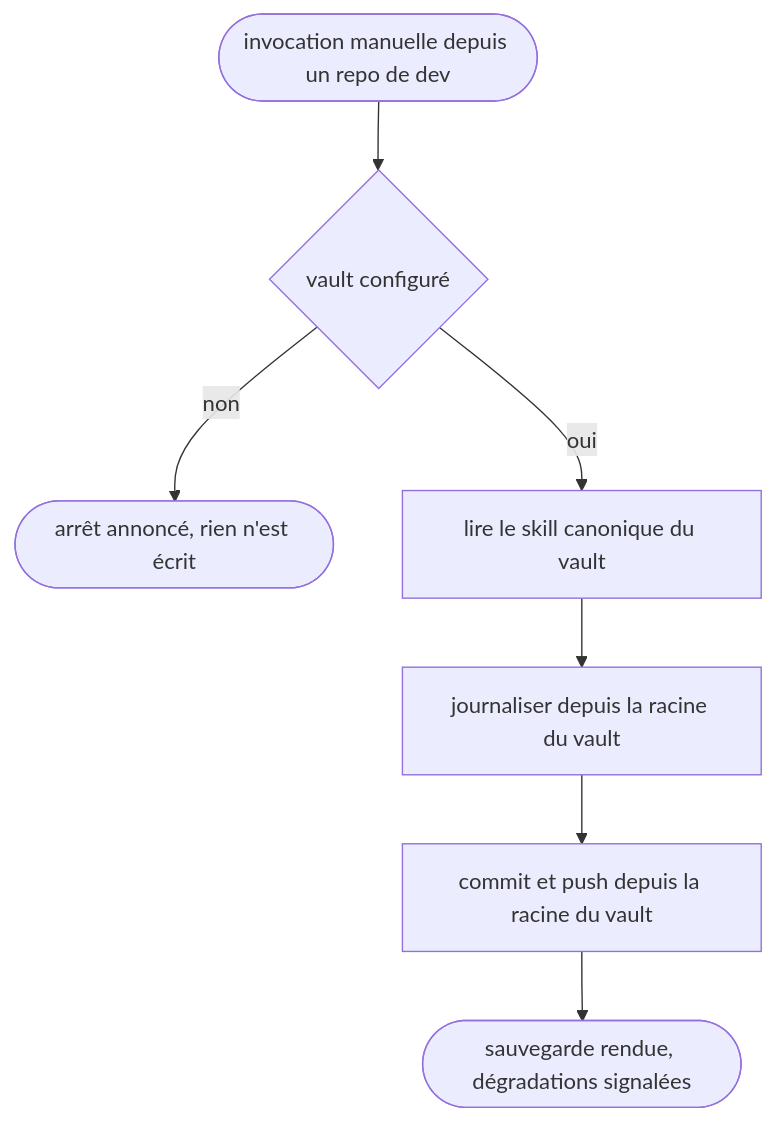
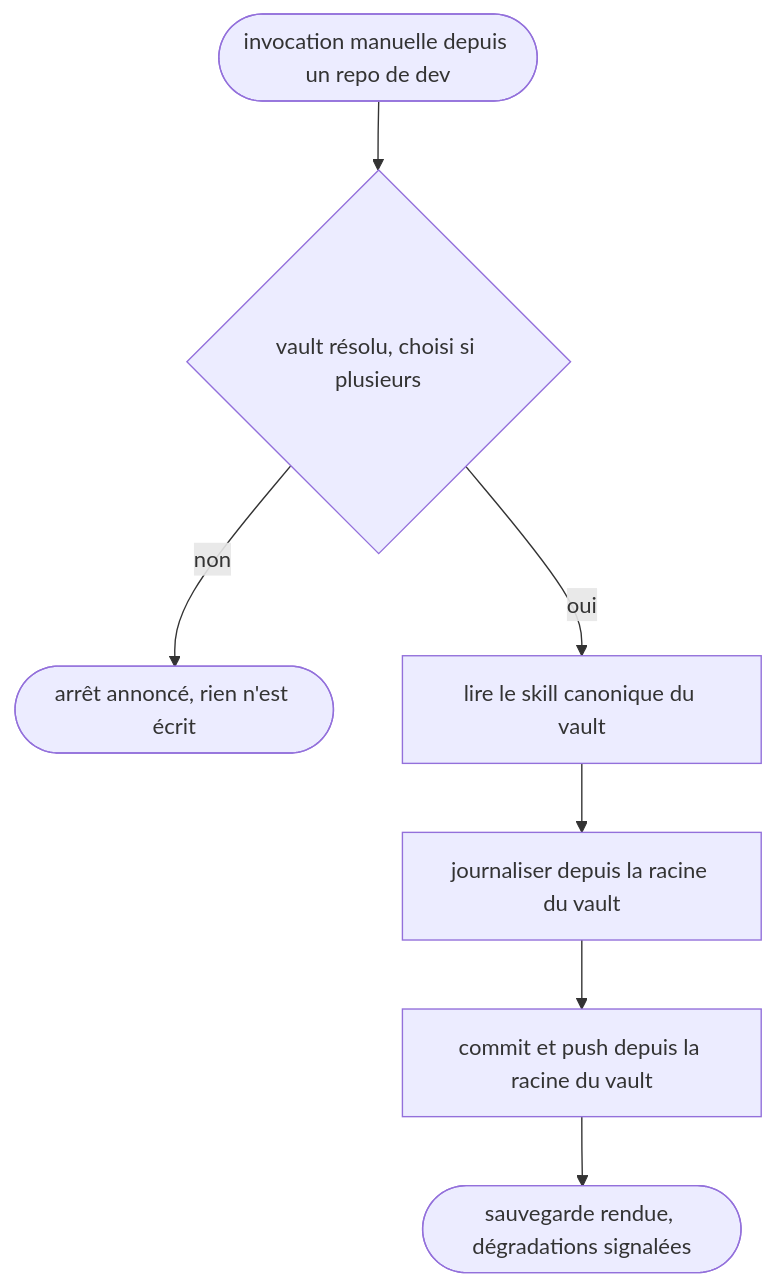
Before and after one commit to kevpdev/agent-config: the diagram in skills/vault-save/SKILL.md, drawn with Mermaid. The commit also changed other lines of this file and 9 other files, not shown here.

````diff
--- a/skills/vault-save/SKILL.md
+++ b/skills/vault-save/SKILL.md
@@ -17,9 +17,9 @@
 ```mermaid
 flowchart TD
-  entree([invocation manuelle depuis un repo de dev]) --> garde{vault configuré}
+  entree([invocation manuelle depuis un repo de dev]) --> garde{vault résolu, choisi si plusieurs}
   garde -->|non| arret([arrêt annoncé, rien n'est écrit])
   garde -->|oui| canonique[lire le skill canonique du vault]
   canonique --> journal[journaliser depuis la racine du vault]
   journal --> commit[commit et push depuis la racine du vault]
   commit --> rendu([sauvegarde rendue, dégradations signalées])
 ```
````
